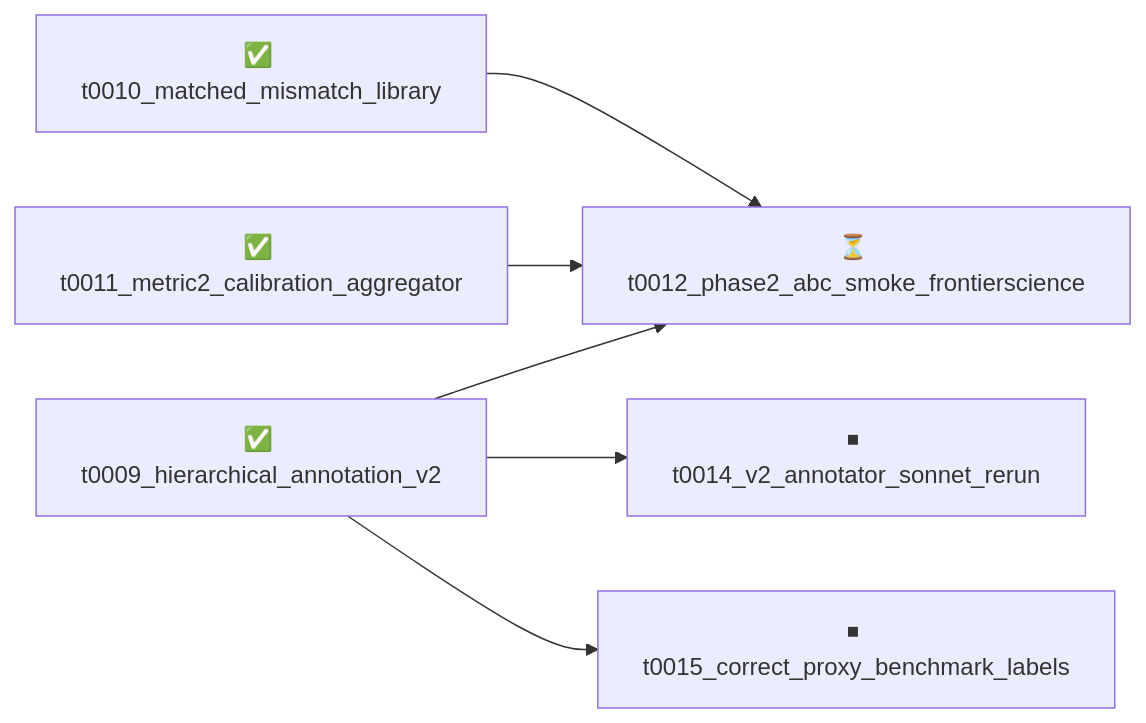
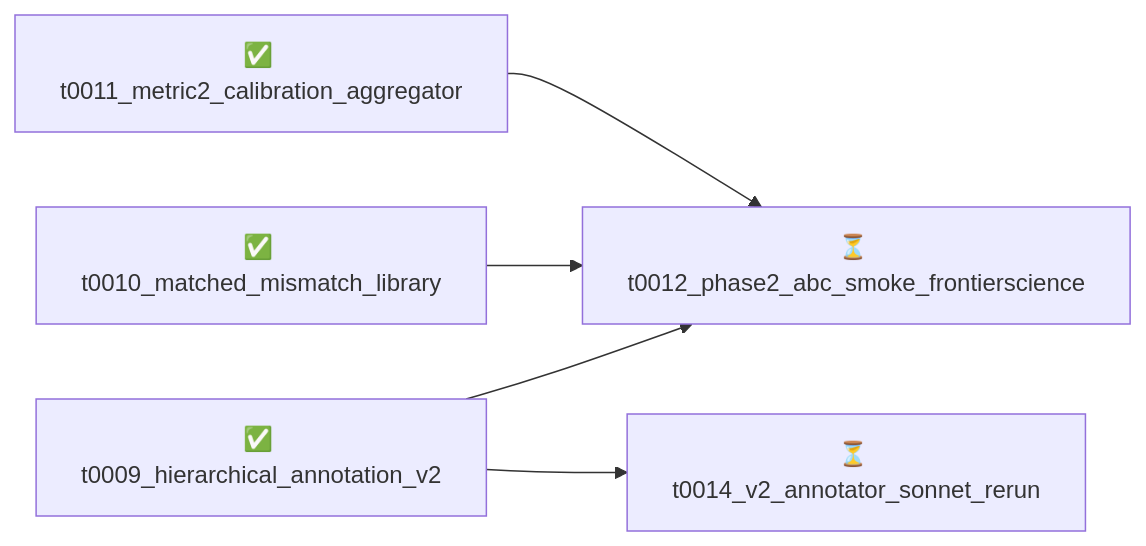
Before and after one commit to omniscale-ai/reasoning-scale2: the diagram in overview/tasks/README.md, drawn with Mermaid. The commit also changed other lines of this file and 41 other files, not shown here.

Commit message:
overview: refresh after t0015_correct_proxy_benchmark_labels

````diff
--- a/overview/tasks/README.md
+++ b/overview/tasks/README.md
@@ -13,15 +12,13 @@
 ```mermaid
 graph LR
     t0009_hierarchical_annotation_v2["✅ t0009_hierarchical_annotation_v2"]
     t0010_matched_mismatch_library["✅ t0010_matched_mismatch_library"]
     t0011_metric2_calibration_aggregator["✅ t0011_metric2_calibration_aggregator"]
     t0012_phase2_abc_smoke_frontierscience["⏳ t0012_phase2_abc_smoke_frontierscience"]
-    t0014_v2_annotator_sonnet_rerun["⏹ t0014_v2_annotator_sonnet_rerun"]
-    t0015_correct_proxy_benchmark_labels["⏹ t0015_correct_proxy_benchmark_labels"]
+    t0014_v2_annotator_sonnet_rerun["⏳ t0014_v2_annotator_sonnet_rerun"]
 
     t0009_hierarchical_annotation_v2 --> t0012_phase2_abc_smoke_frontierscience
     t0010_matched_mismatch_library --> t0012_phase2_abc_smoke_frontierscience
     t0011_metric2_calibration_aggregator --> t0012_phase2_abc_smoke_frontierscience
     t0009_hierarchical_annotation_v2 --> t0014_v2_annotator_sonnet_rerun
-    t0009_hierarchical_annotation_v2 --> t0015_correct_proxy_benchmark_labels
 ```
````
